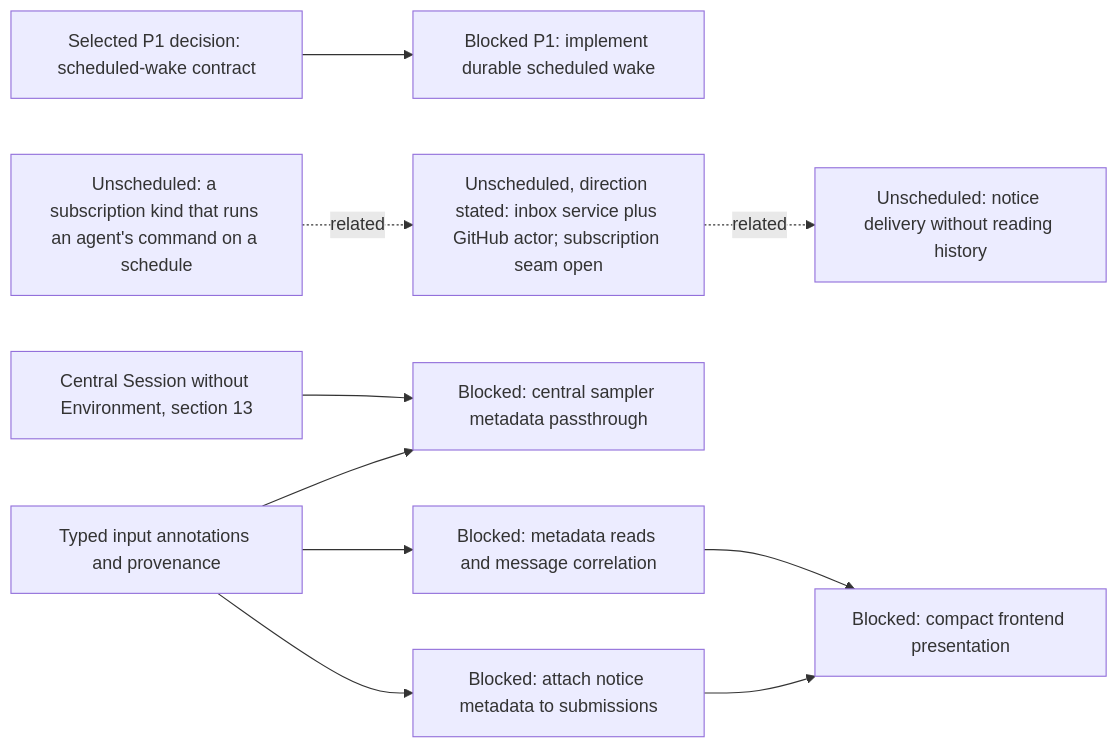
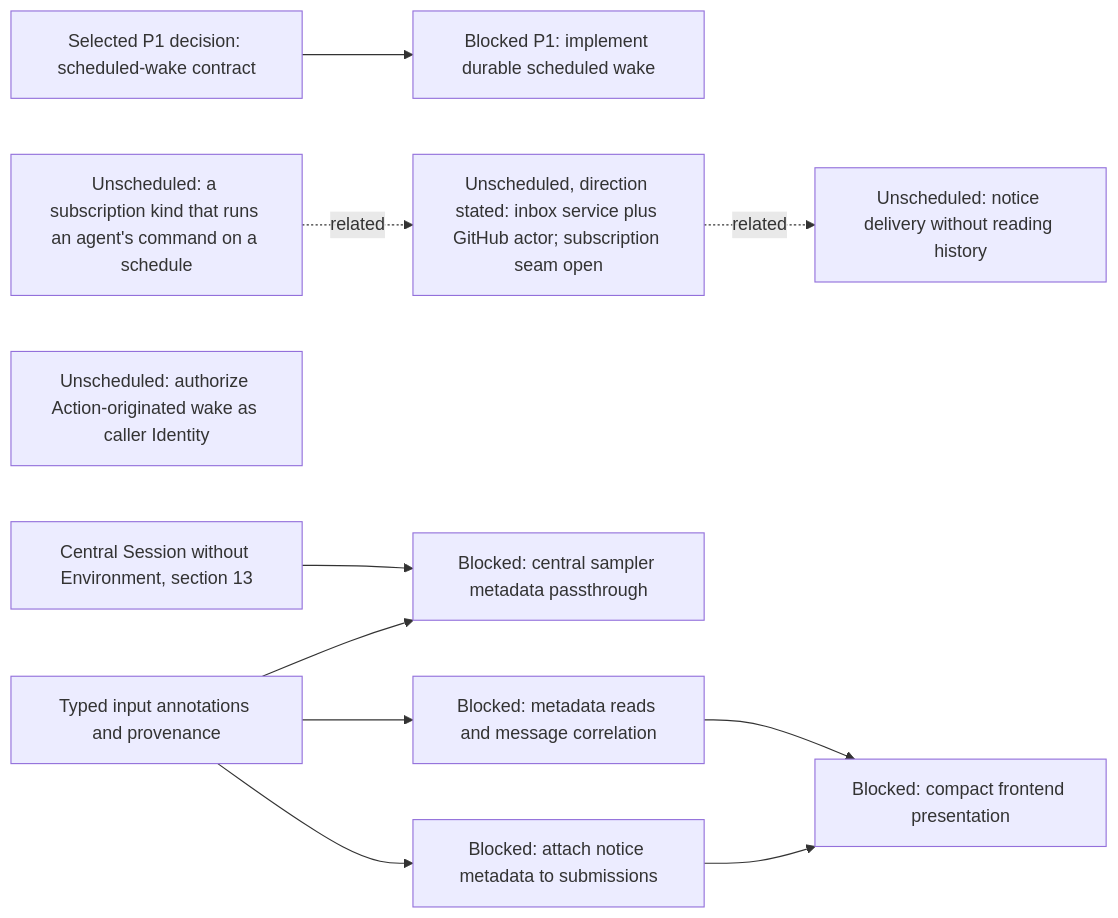
The fourth of 20 diagrams in agentplane/plans/task_dag.md (agentydragon/ducktape), drawn with Mermaid before and after one commit. The commit also changed other lines of this file and 20 other files, not shown here.

````diff
--- a/agentplane/plans/task_dag.md
+++ b/agentplane/plans/task_dag.md
@@ -301,23 +301,24 @@
 ```mermaid
 flowchart LR
     SCHEDULED_AGENT_WAKE_DESIGN[Selected P1 decision: scheduled-wake contract]
     SCHEDULED_AGENT_WAKE[Blocked P1: implement durable scheduled wake]
     SCHEDULED_AGENT_WAKE_DESIGN --> SCHEDULED_AGENT_WAKE
     NOTIFICATION_COMMAND_OUTCOME_DESIGN[Unscheduled: notice delivery without reading history]
     NOTIFICATION_SERVICE_SPLIT[Unscheduled, direction stated: inbox service plus GitHub actor; subscription seam open]
     NOTIFICATION_SERVICE_SPLIT -. related .-> NOTIFICATION_COMMAND_OUTCOME_DESIGN
     COMMAND_WATCH_SUBSCRIPTION_DESIGN[Unscheduled: a subscription kind that runs an agent's command on a schedule]
     COMMAND_WATCH_SUBSCRIPTION_DESIGN -. related .-> NOTIFICATION_SERVICE_SPLIT
+    ACTION_WAKE_AS_IDENTITY[Unscheduled: authorize Action-originated wake as caller Identity]
     SESSION_INPUT_METADATA[Typed input annotations and provenance]
     CENTRAL_SESSION_WITHOUT_ENVIRONMENT[Central Session without Environment, section 13]
     CENTRAL_SESSION_INPUT_METADATA[Blocked: central sampler metadata passthrough]
     SESSION_INPUT_METADATA --> CENTRAL_SESSION_INPUT_METADATA
     CENTRAL_SESSION_WITHOUT_ENVIRONMENT --> CENTRAL_SESSION_INPUT_METADATA
     SESSION_INPUT_METADATA_READ[Blocked: metadata reads and message correlation]
     NOTIFICATION_NOTICE_METADATA[Blocked: attach notice metadata to submissions]
     NOTIFICATION_PRESENTATION[Blocked: compact frontend presentation]
     SESSION_INPUT_METADATA --> SESSION_INPUT_METADATA_READ
     SESSION_INPUT_METADATA --> NOTIFICATION_NOTICE_METADATA
     SESSION_INPUT_METADATA_READ --> NOTIFICATION_PRESENTATION
     NOTIFICATION_NOTICE_METADATA --> NOTIFICATION_PRESENTATION
 ```
````
